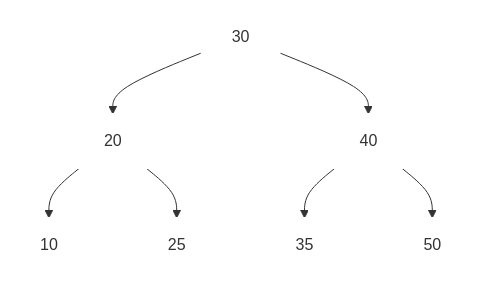
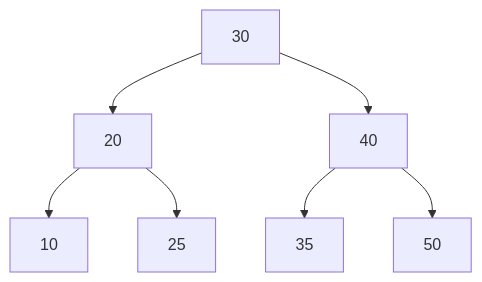
One commit to MarcosLaine/MyPrograms changed the diagram in Mermaid/AVLTree.mmd. Above: the diagram before and after it, drawn with Mermaid. The commit also changed 1 other file, not shown here.

Commit message:
others updates on ../mermaid/

```diff
--- a/Mermaid/AVLTree.mmd
+++ b/Mermaid/AVLTree.mmd
@@ -1,9 +1,7 @@
 graph TD
     A["30"]:::balanced --> B["20"]:::balanced
     A --> C["40"]:::balanced
     B --> D["10"]:::balanced
     B --> E["25"]:::balanced
     C --> F["35"]:::balanced
     C --> G["50"]:::balanced
-
-    classDef balanced fill:#FFFFFF,stroke:#FFFFFF,stroke-width:2px;
```
